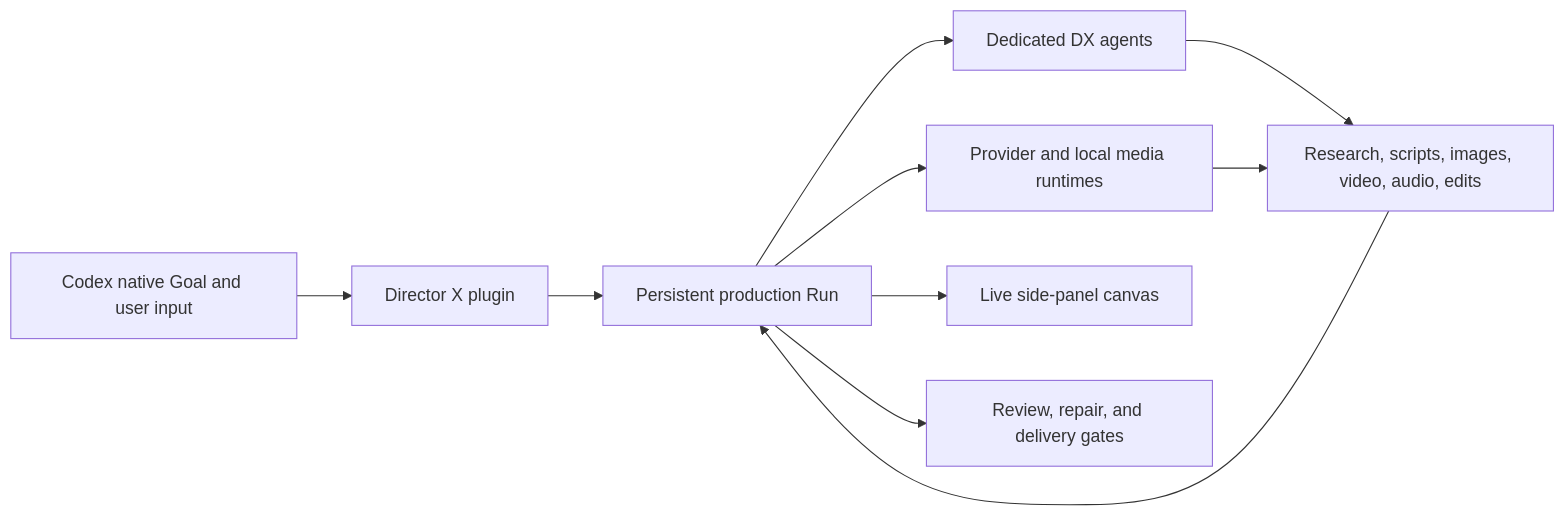
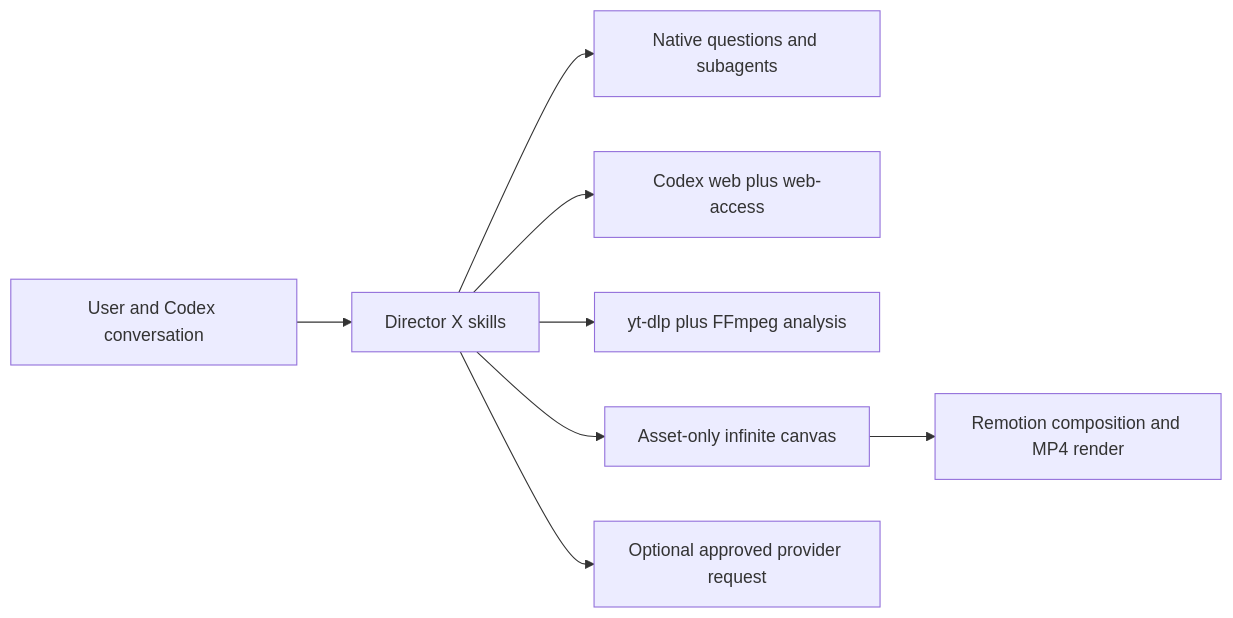
Before and after one commit to LaplaceYoung/director-x: the diagram in README.md, drawn with Mermaid. The commit also changed other lines of this file and 14 other files, not shown here.

````diff
--- a/README.md
+++ b/README.md
@@ -238,12 +211,10 @@
 ```mermaid
 flowchart LR
-    C["Codex native Goal and user input"] --> P["Director X plugin"]
-    P --> R["Persistent production Run"]
-    R --> A["Dedicated DX agents"]
-    R --> M["Provider and local media runtimes"]
-    A --> F["Research, scripts, images, video, audio, edits"]
-    M --> F
-    F --> R
-    R --> V["Live side-panel canvas"]
-    R --> Q["Review, repair, and delivery gates"]
+    U["User and Codex conversation"] --> S["Director X skills"]
+    S --> Q["Native questions and subagents"]
+    S --> W["Codex web plus web-access"]
+    S --> M["yt-dlp plus FFmpeg analysis"]
+    S --> C["Asset-only infinite canvas"]
+    C --> R["Remotion composition and MP4 render"]
+    S --> P["Optional approved provider request"]
 ```
````
